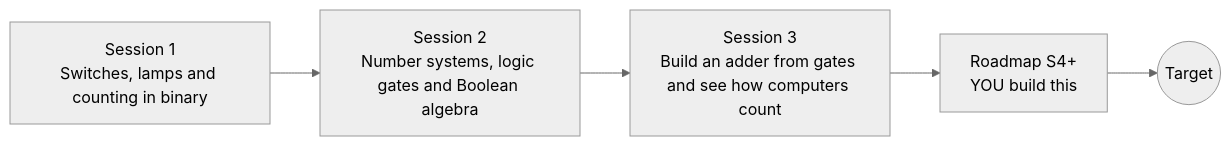
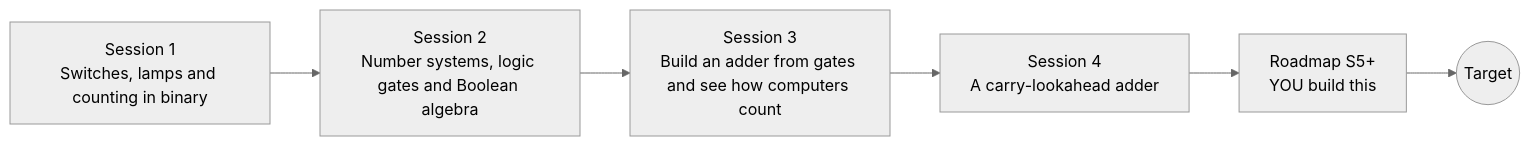
One commit to KrunalPanchal1995/openbinary changed the diagram in README.md. Above: the diagram before and after it, drawn with Mermaid (neutral theme). The commit also changed other lines of this file and 19 other files, not shown here.

First line of the commit message:
Add Session 4: a carry-lookahead adder

````diff
--- a/README.md
+++ b/README.md
@@ -87,9 +88,10 @@
 ```mermaid
 flowchart LR
   S1[Session 1<br/>Switches, lamps and counting in binary]
   S2[Session 2<br/>Number systems, logic gates and Boolean algebra]
   S3[Session 3<br/>Build an adder from gates and see how computers count]
-  R[Roadmap S4+<br/>YOU build this]
+  S4[Session 4<br/>A carry-lookahead adder]
+  R[Roadmap S5+<br/>YOU build this]
   T((Target))
-  S1 --> S2 --> S3 --> R --> T
+  S1 --> S2 --> S3 --> S4 --> R --> T
 ```
````
